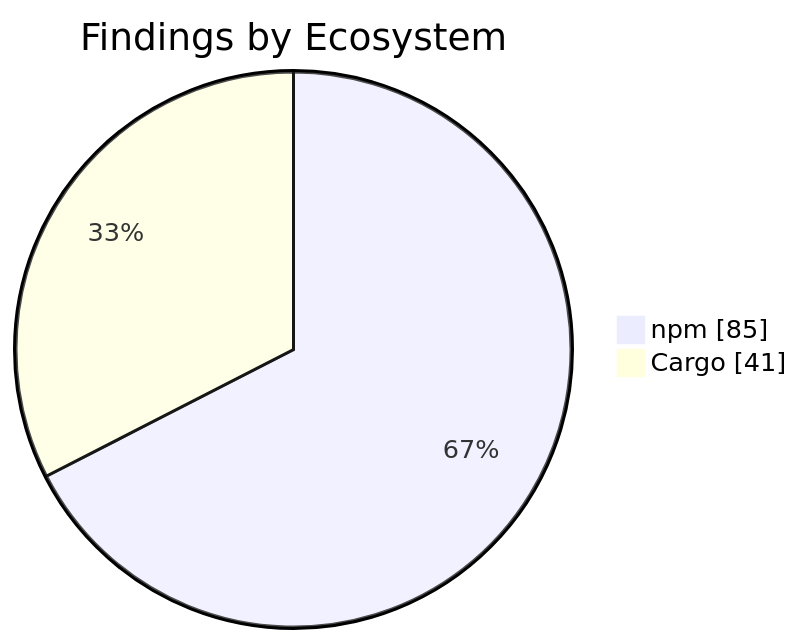
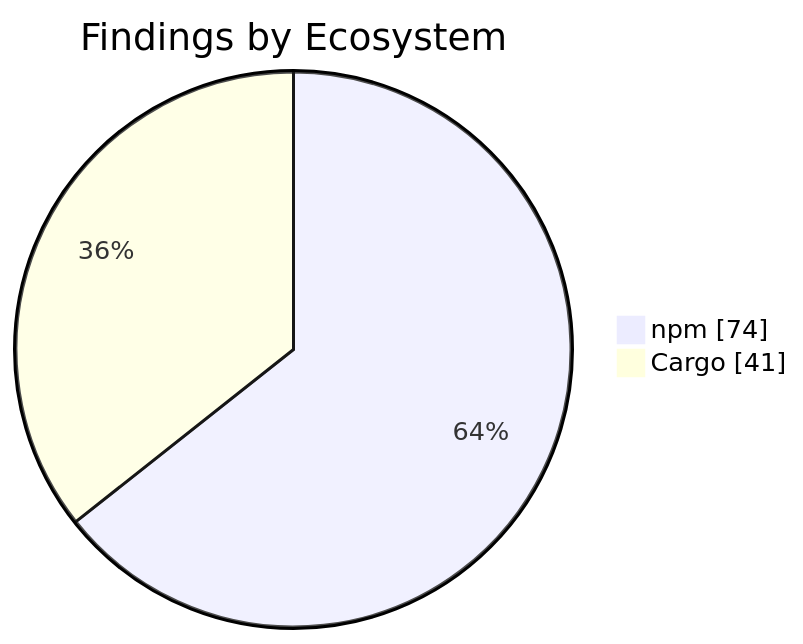
Before and after one commit to KBVE/kbve: the second of 2 diagrams in apps/kbve/astro-kbve/src/content/docs/dashboard/security.mdx, drawn with Mermaid. The commit also changed other lines of this file and 8 other files, not shown here.

````diff
--- a/apps/kbve/astro-kbve/src/content/docs/dashboard/security.mdx
+++ b/apps/kbve/astro-kbve/src/content/docs/dashboard/security.mdx
@@ -73,6 +73,6 @@
 ```mermaid
 pie showData
     title Findings by Ecosystem
-    "npm" : 85
+    "npm" : 74
     "Cargo" : 41
 ```
````
